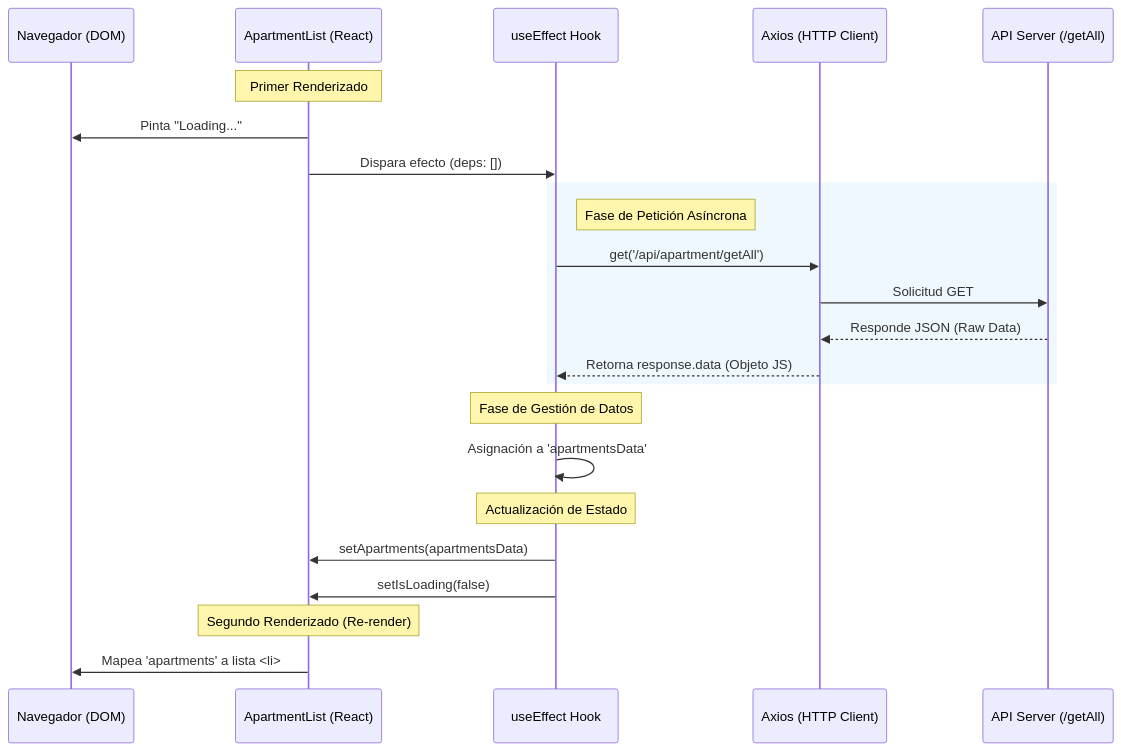
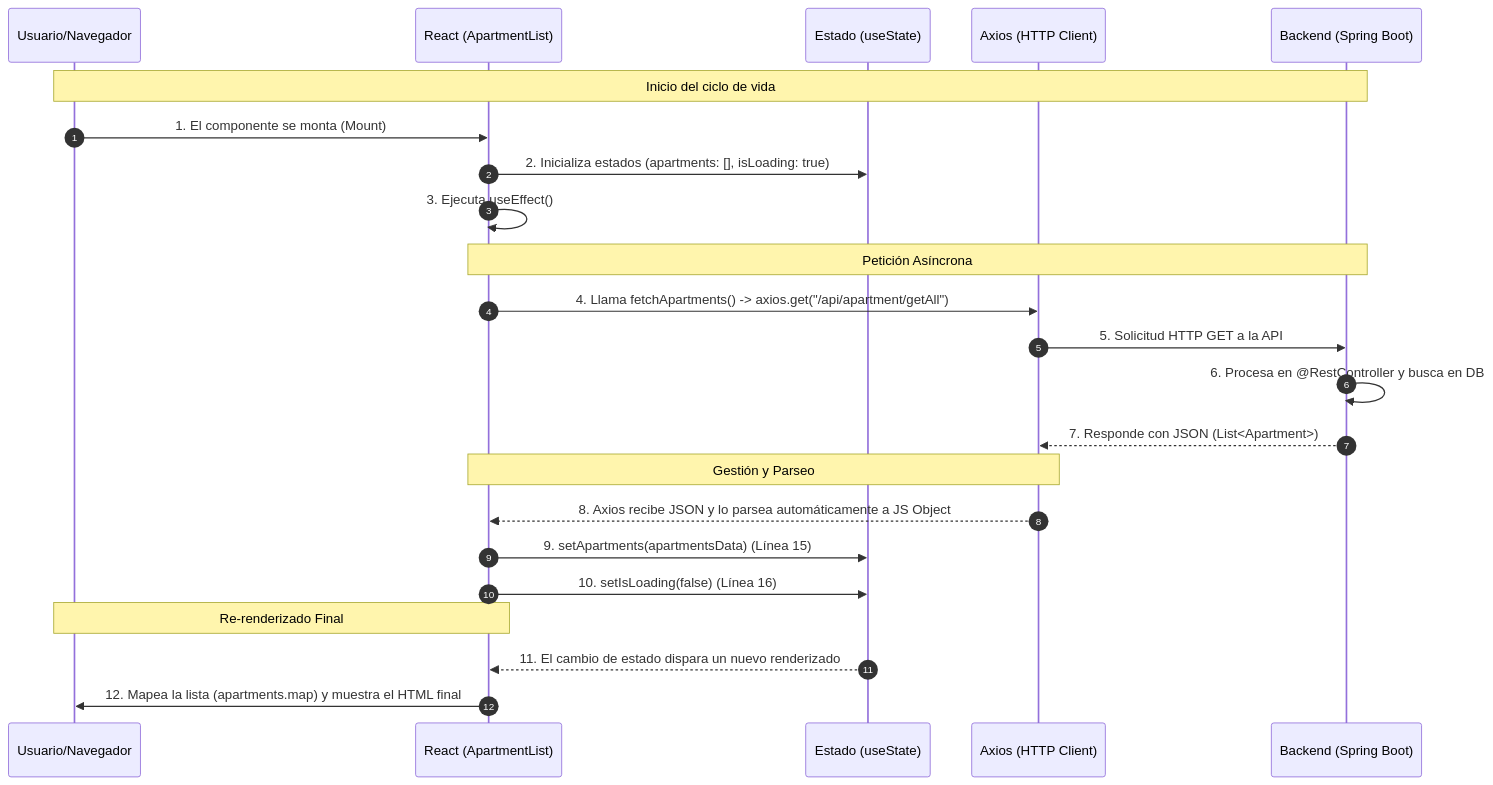
One commit to alexpjava/ApartmentPredictorAlpy_React_doc changed the second of 2 diagrams in response_render_cycle_sp.md. Above: the diagram before and after it, drawn with Mermaid. The commit also changed 1 other file, not shown here.

Commit message:
Refactor data flow diagrams in response_render_cycle documentation for clarity and consistency

````diff
--- a/response_render_cycle_sp.md
+++ b/response_render_cycle_sp.md
@@ -39,30 +39,29 @@
 ```mermaid
 sequenceDiagram
-    participant Browser as Navegador (DOM)
-    participant Component as ApartmentList (React)
-    participant Effect as useEffect Hook
-    participant Axios as Axios (HTTP Client)
-    participant API as API Server (/getAll)
+    autonumber
+    participant U as Usuario/Navegador
+    participant R as React (ApartmentList)
+    participant S as Estado (useState)
+    participant A as Axios (HTTP Client)
+    participant B as Backend (Spring Boot)
 
-    Note over Component: Primer Renderizado
-    Component->>Browser: Pinta "Loading..."
-    Component->>Effect: Dispara efecto (deps: [])
+    Note over U, B: Inicio del ciclo de vida
+    U->>R: 1. El componente se monta (Mount)
+    R->>S: 2. Inicializa estados (apartments: [], isLoading: true)
+    R->>R: 3. Ejecuta useEffect()
     
-    rect rgb(240, 248, 255)
-    Note right of Effect: Fase de Petición Asíncrona
-    Effect->>Axios: get('/api/apartment/getAll')
-    Axios->>API: Solicitud GET
-    API-->>Axios: Responde JSON (Raw Data)
-    Axios-->>Effect: Retorna response.data (Objeto JS)
-    end
-
-    Note over Effect: Fase de Gestión de Datos
-    Effect->>Effect: Asignación a 'apartmentsData'
+    Note over R, B: Petición Asíncrona
+    R->>A: 4. Llama fetchApartments() -> axios.get("/api/apartment/getAll")
+    A->>B: 5. Solicitud HTTP GET a la API
+    B->>B: 6. Procesa en @RestController y busca en DB
+    B-->>A: 7. Responde con JSON (List<Apartment>)
     
-    Note over Effect: Actualización de Estado
-    Effect->>Component: setApartments(apartmentsData)
-    Effect->>Component: setIsLoading(false)
+    Note over A, R: Gestión y Parseo
+    A-->>R: 8. Axios recibe JSON y lo parsea automáticamente a JS Object
+    R->>S: 9. setApartments(apartmentsData) (Línea 15)
+    R->>S: 10. setIsLoading(false) (Línea 16)
     
-    Note over Component: Segundo Renderizado (Re-render)
-    Component->>Browser: Mapea 'apartments' a lista <li>
+    Note over R, U: Re-renderizado Final
+    S-->>R: 11. El cambio de estado dispara un nuevo renderizado
+    R->>U: 12. Mapea la lista (apartments.map) y muestra el HTML final
 ```
````
